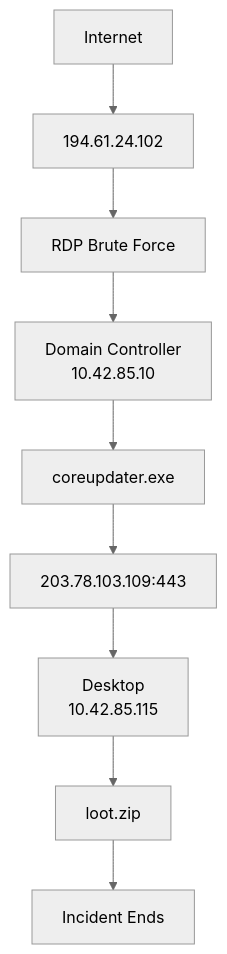
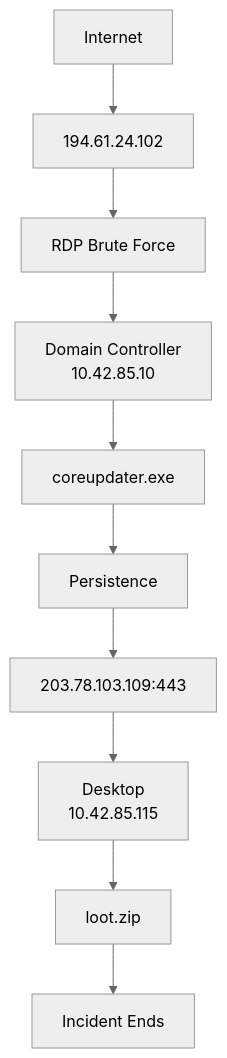
Before and after one commit to nelsongra1/dfir-lab-writeups: the first of 2 diagrams in dfir-madness/case-001-stolen-szechuan-sauce/README.md, drawn with Mermaid (neutral theme). The commit also changed other lines of this file, not shown here.

````diff
--- a/dfir-madness/case-001-stolen-szechuan-sauce/README.md
+++ b/dfir-madness/case-001-stolen-szechuan-sauce/README.md
@@ -45,11 +62,12 @@
 ```mermaid
 flowchart TD
     internet[Internet] --> attacker[194.61.24.102]
     attacker --> brute[RDP Brute Force]
     brute --> dc[Domain Controller\n10.42.85.10]
     dc --> loader[coreupdater.exe]
-    loader --> c2[203.78.103.109:443]
+  loader --> persistence[Persistence]
+  persistence --> c2[203.78.103.109:443]
     c2 --> desktop[Desktop\n10.42.85.115]
     desktop --> loot[loot.zip]
     loot --> endstate[Incident Ends]
 ```
````
